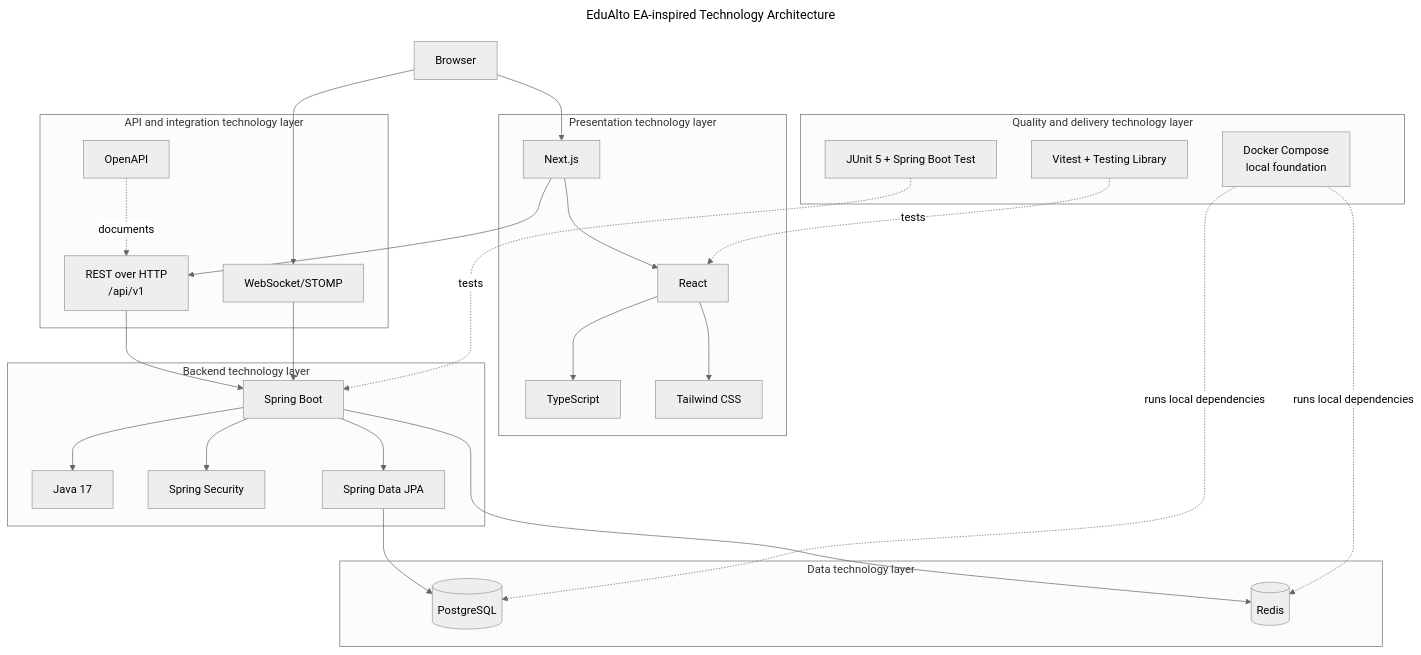
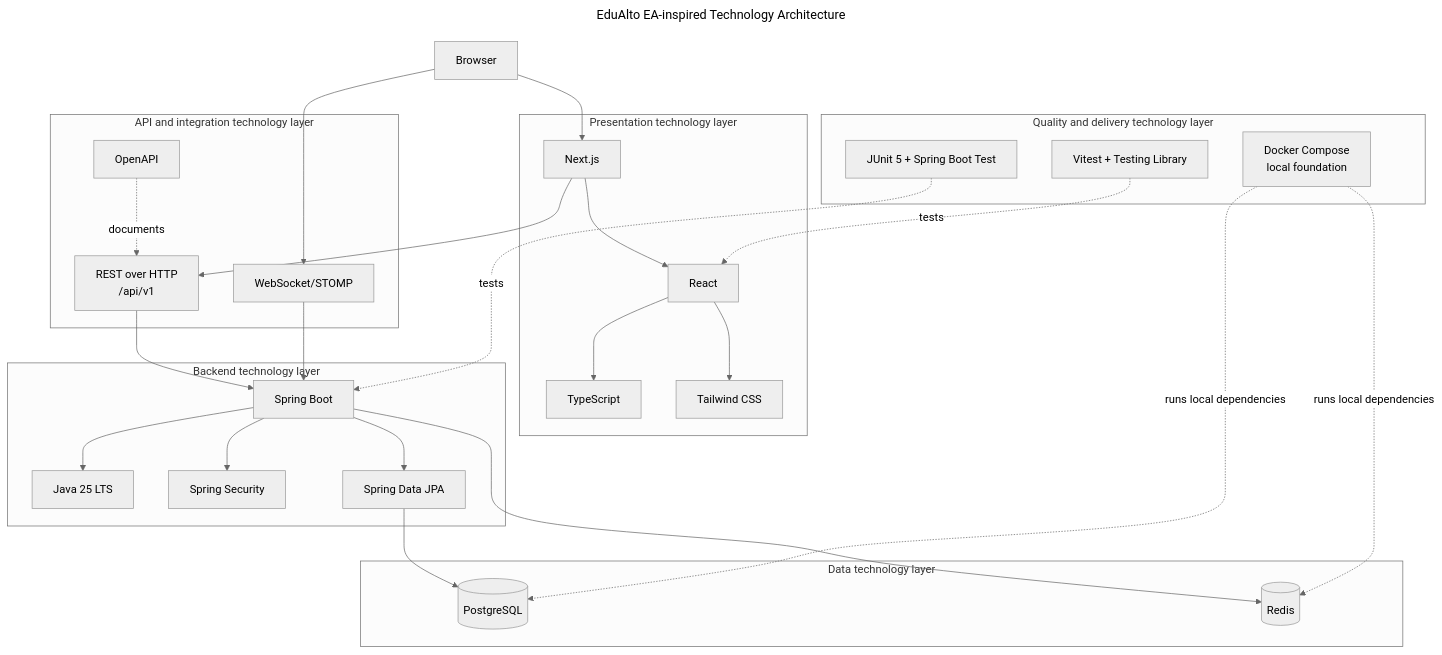
The diagram in docs/architecture/diagrams/ea/04-ea-technology-architecture.mmd (teehihi/edu-alto), drawn with Mermaid (neutral theme) before and after one commit. The commit also changed 11 other files, not shown here.

```diff
--- a/docs/architecture/diagrams/ea/04-ea-technology-architecture.mmd
+++ b/docs/architecture/diagrams/ea/04-ea-technology-architecture.mmd
@@ -1,53 +1,53 @@
 ---
 title: EduAlto EA-inspired Technology Architecture
 ---
 flowchart TB
   subgraph Presentation["Presentation technology layer"]
     Next["Next.js"]
     React["React"]
     TypeScript["TypeScript"]
     Tailwind["Tailwind CSS"]
   end
 
   subgraph Integration["API and integration technology layer"]
     REST["REST over HTTP\n/api/v1"]
     WebSocket["WebSocket/STOMP"]
     OpenAPI["OpenAPI"]
   end
 
   subgraph Backend["Backend technology layer"]
-    Java["Java 17"]
+    Java["Java 25 LTS"]
     SpringBoot["Spring Boot"]
     SpringSecurity["Spring Security"]
     SpringData["Spring Data JPA"]
   end
 
   subgraph Data["Data technology layer"]
     PostgreSQL[("PostgreSQL")]
     Redis[("Redis")]
   end
 
   subgraph Quality["Quality and delivery technology layer"]
     Vitest["Vitest + Testing Library"]
     JUnit["JUnit 5 + Spring Boot Test"]
     Docker["Docker Compose\nlocal foundation"]
   end
 
   Browser["Browser"] --> Next
   Next --> React
   React --> TypeScript
   React --> Tailwind
   Next --> REST
   Browser --> WebSocket
   REST --> SpringBoot
   WebSocket --> SpringBoot
   OpenAPI -.documents.-> REST
   SpringBoot --> Java
   SpringBoot --> SpringSecurity
   SpringBoot --> SpringData
   SpringData --> PostgreSQL
   SpringBoot --> Redis
   Vitest -.tests.-> React
   JUnit -.tests.-> SpringBoot
   Docker -.runs local dependencies.-> PostgreSQL
   Docker -.runs local dependencies.-> Redis
```
